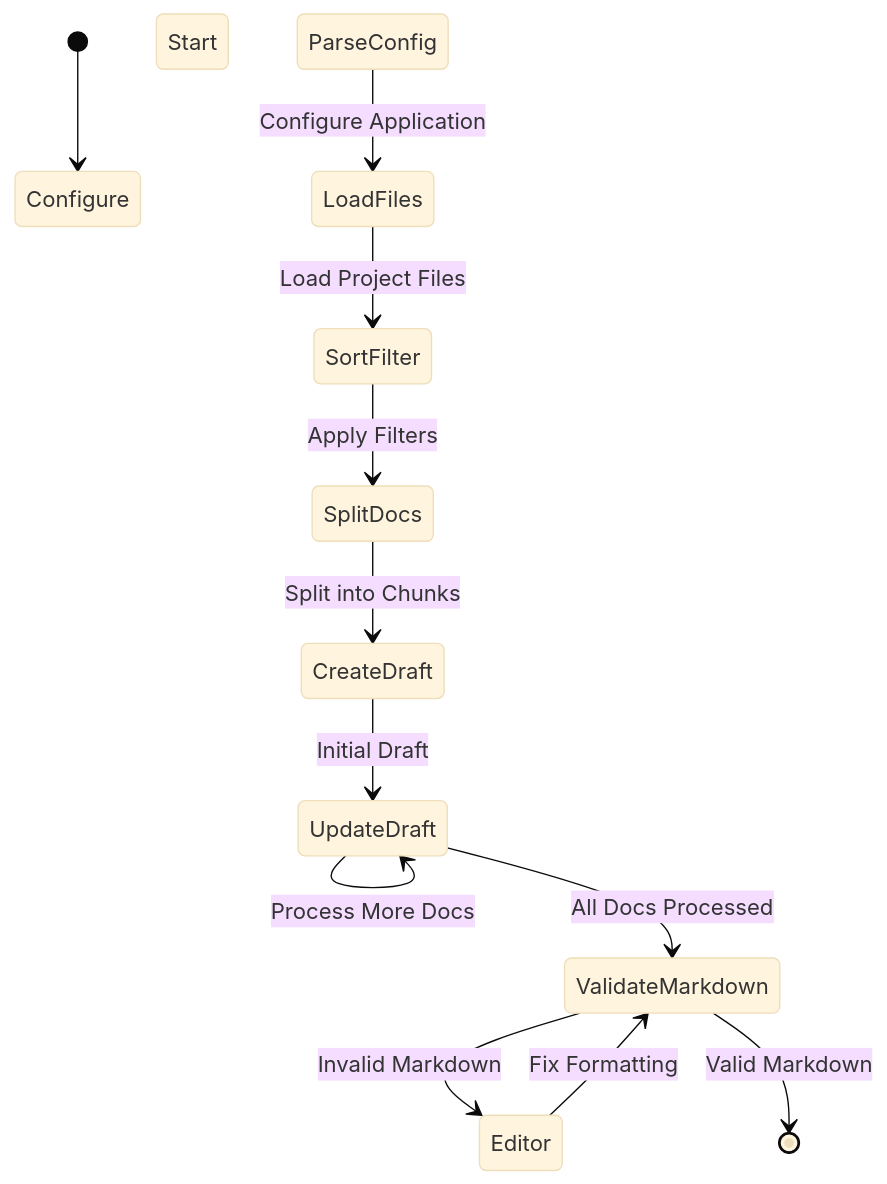
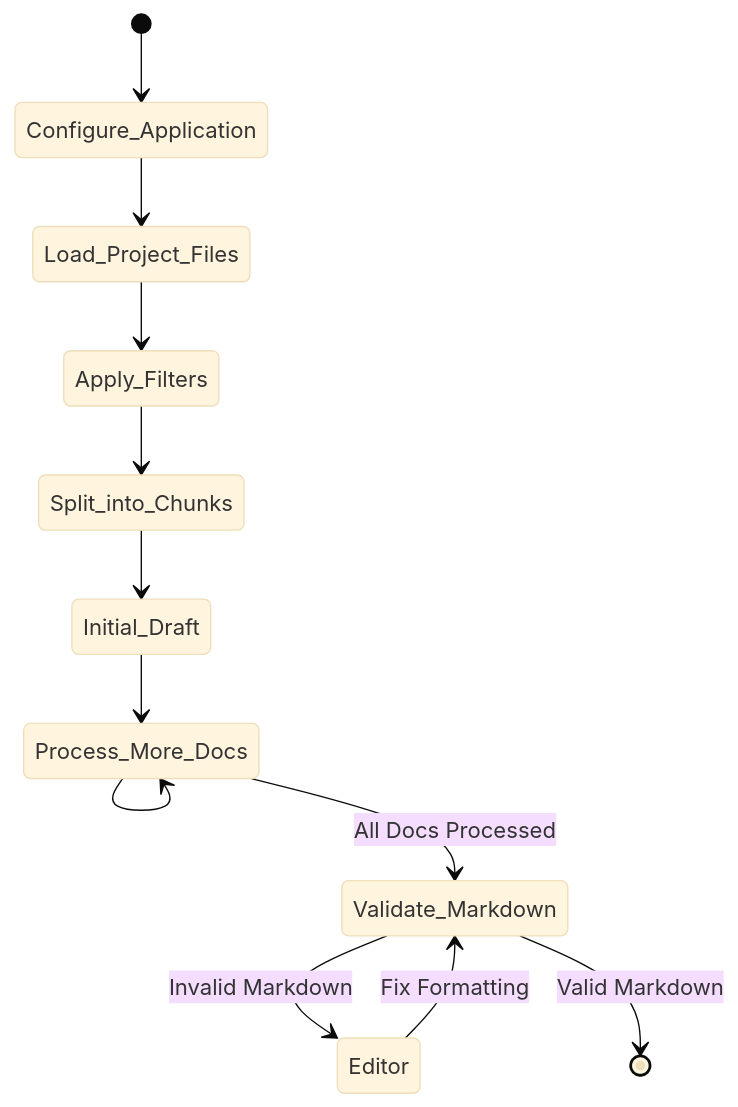
Before and after one commit to xvnpw/ai-security-analyzer: the diagram in README.md, drawn with Mermaid (base theme).

````diff
--- a/README.md
+++ b/README.md
@@ -120,14 +120,14 @@
 ```mermaid
 stateDiagram-v2
-    [*] --> Configure Application: Start
-    ParseConfig --> LoadFiles: Configure Application
-    LoadFiles --> SortFilter: Load Project Files
-    SortFilter --> SplitDocs: Apply Filters
-    SplitDocs --> CreateDraft: Split into Chunks
-    CreateDraft --> UpdateDraft: Initial Draft
-    UpdateDraft --> UpdateDraft: Process More Docs
-    UpdateDraft --> ValidateMarkdown: All Docs Processed
-    ValidateMarkdown --> Editor: Invalid Markdown
-    Editor --> ValidateMarkdown: Fix Formatting
-    ValidateMarkdown --> [*]: Valid Markdown
+    [*] --> Configure_Application
+    Configure_Application --> Load_Project_Files
+    Load_Project_Files --> Apply_Filters
+    Apply_Filters --> Split_into_Chunks
+    Split_into_Chunks --> Initial_Draft
+    Initial_Draft -->  Process_More_Docs
+    Process_More_Docs --> Process_More_Docs
+    Process_More_Docs --> Validate_Markdown: All Docs Processed
+    Validate_Markdown --> Editor: Invalid Markdown
+    Editor --> Validate_Markdown: Fix Formatting
+    Validate_Markdown --> [*]: Valid Markdown
 ```
````
